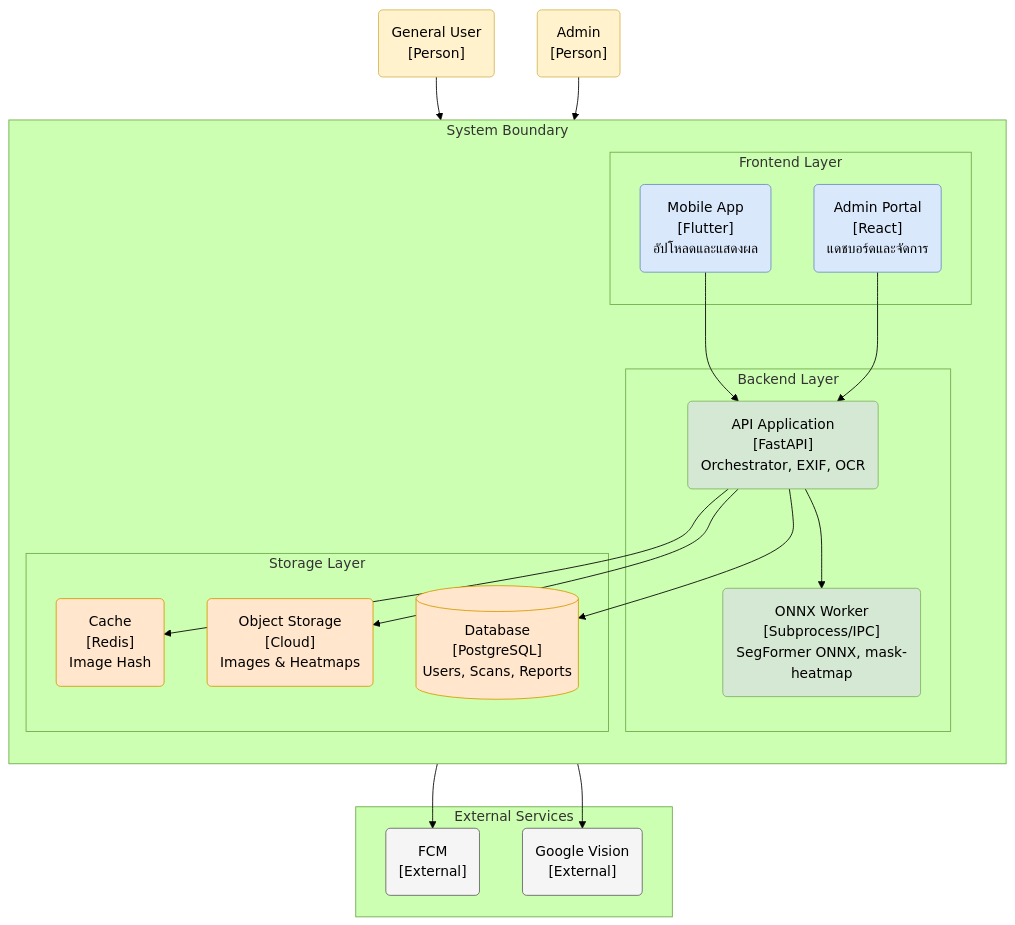
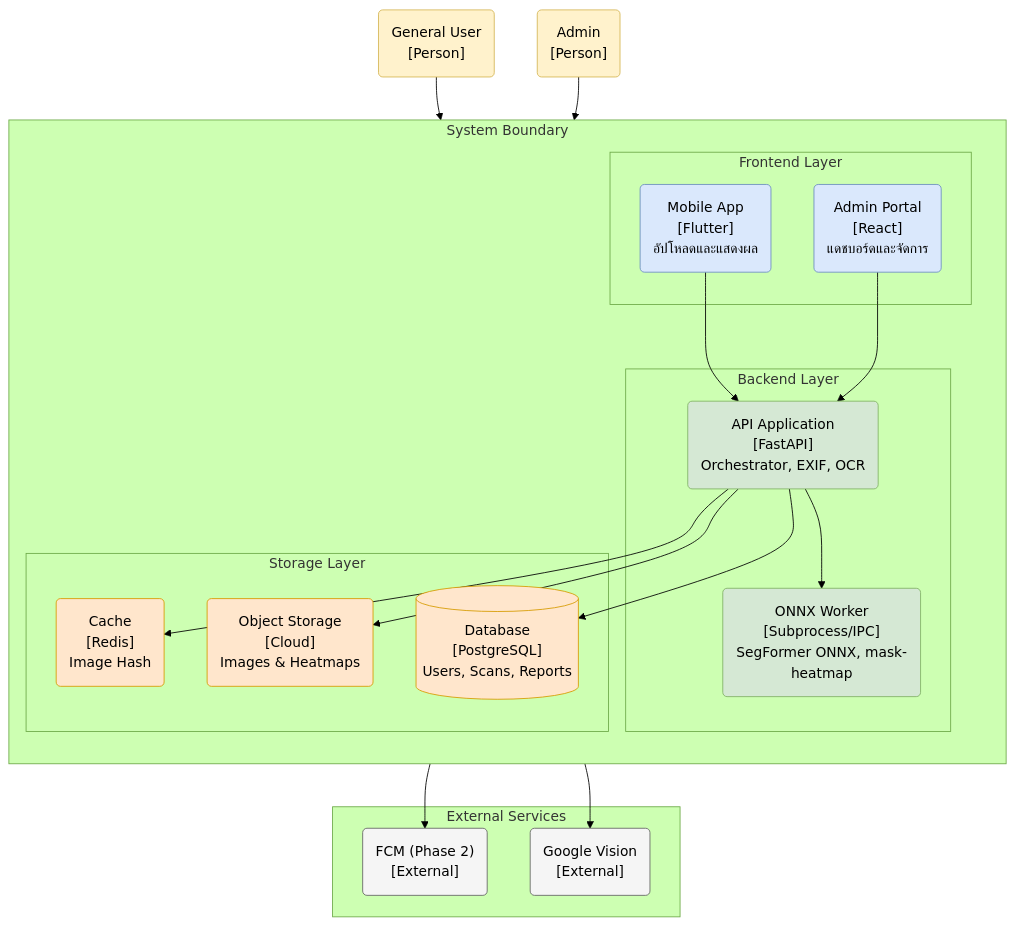
Before and after one commit to Panuwat-ta/project: the second of 4 diagrams in Document/docs/03_Software_Architecture.md, drawn with Mermaid (forest theme). The commit also changed other lines of this file and 2 other files, not shown here.

First line of the commit message:
Resolve DOC-06 FCM is Phase 2, v1 uses polling

````diff
--- a/Document/docs/03_Software_Architecture.md
+++ b/Document/docs/03_Software_Architecture.md
@@ -114,54 +114,54 @@
 ```mermaid
 flowchart TB
     %% Classes
     classDef userFill fill:#fff2cc,stroke:#d6b656,color:black
     classDef clientFill fill:#dae8fc,stroke:#6c8ebf,color:black
     classDef backendFill fill:#d5e8d4,stroke:#82b366,color:black
     classDef storageFill fill:#ffe6cc,stroke:#d79b00,color:black
     classDef extFill fill:#f5f5f5,stroke:#666666,color:black
 
     User("General User<br>[Person]")
     Admin("Admin<br>[Person]")
 
     subgraph ScamSystem [System Boundary]
         direction TB
 
         subgraph Frontends [Frontend Layer]
             MobileApp("Mobile App<br>[Flutter]<br>อัปโหลดและแสดงผล")
             AdminPortal("Admin Portal<br>[React]<br>แดชบอร์ดและจัดการ")
         end
 
         subgraph Backends [Backend Layer]
             APIGateway("API Application<br>[FastAPI]<br>Orchestrator, EXIF, OCR")
             AIInference("ONNX Worker<br>[Subprocess/IPC]<br>SegFormer ONNX, mask-heatmap")
         end
 
         subgraph Storages [Storage Layer]
             Cache("Cache<br>[Redis]<br>Image Hash")
             ObjectStore("Object Storage<br>[Cloud]<br>Images & Heatmaps")
             MainDB[("Database<br>[PostgreSQL]<br>Users, Scans, Reports")]
         end
     end
 
     subgraph Externals [External Services]
-        PushService("FCM<br>[External]")
+        PushService("FCM (Phase 2)<br>[External]")
         ReverseSearch("Google Vision<br>[External]")
     end
 
     User --> MobileApp
     Admin --> AdminPortal
     MobileApp --> APIGateway
     AdminPortal --> APIGateway
     APIGateway --> Cache
     APIGateway --> AIInference
     APIGateway --> ObjectStore
     APIGateway --> MainDB
     APIGateway --> PushService
     APIGateway --> ReverseSearch
 
     class User,Admin userFill
     class MobileApp,AdminPortal clientFill
     class APIGateway,AIInference backendFill
     class Cache,ObjectStore,MainDB storageFill
     class PushService,ReverseSearch extFill
 ```
````
